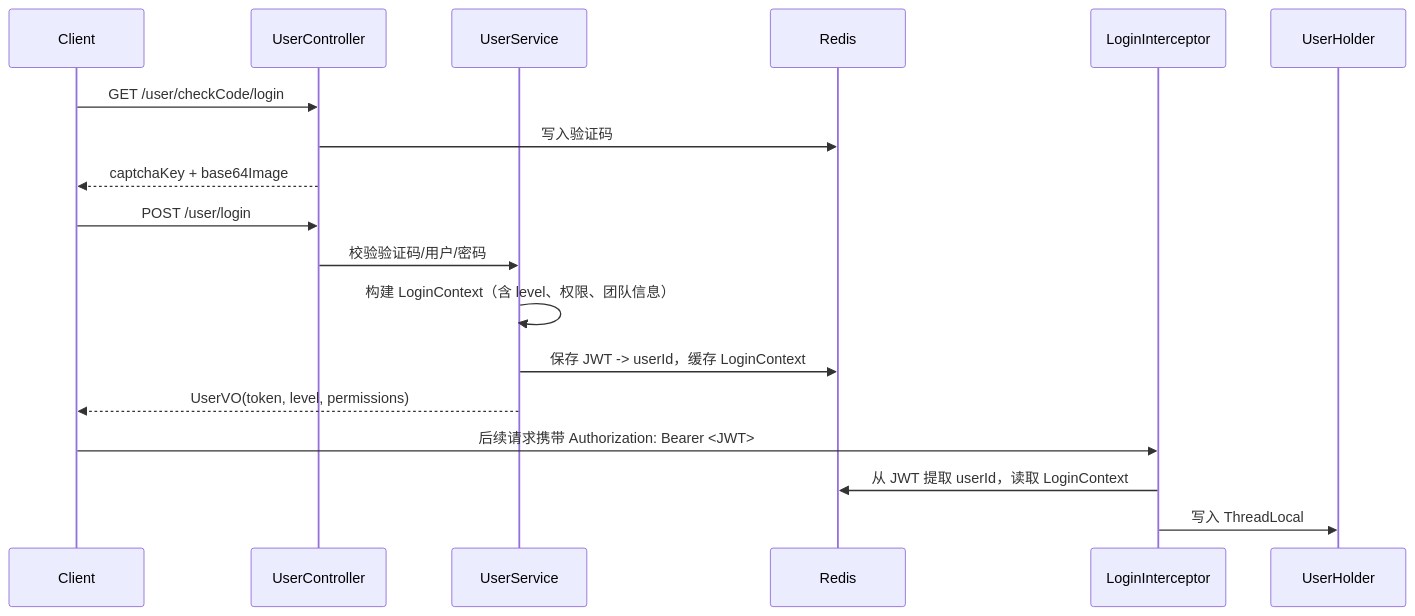
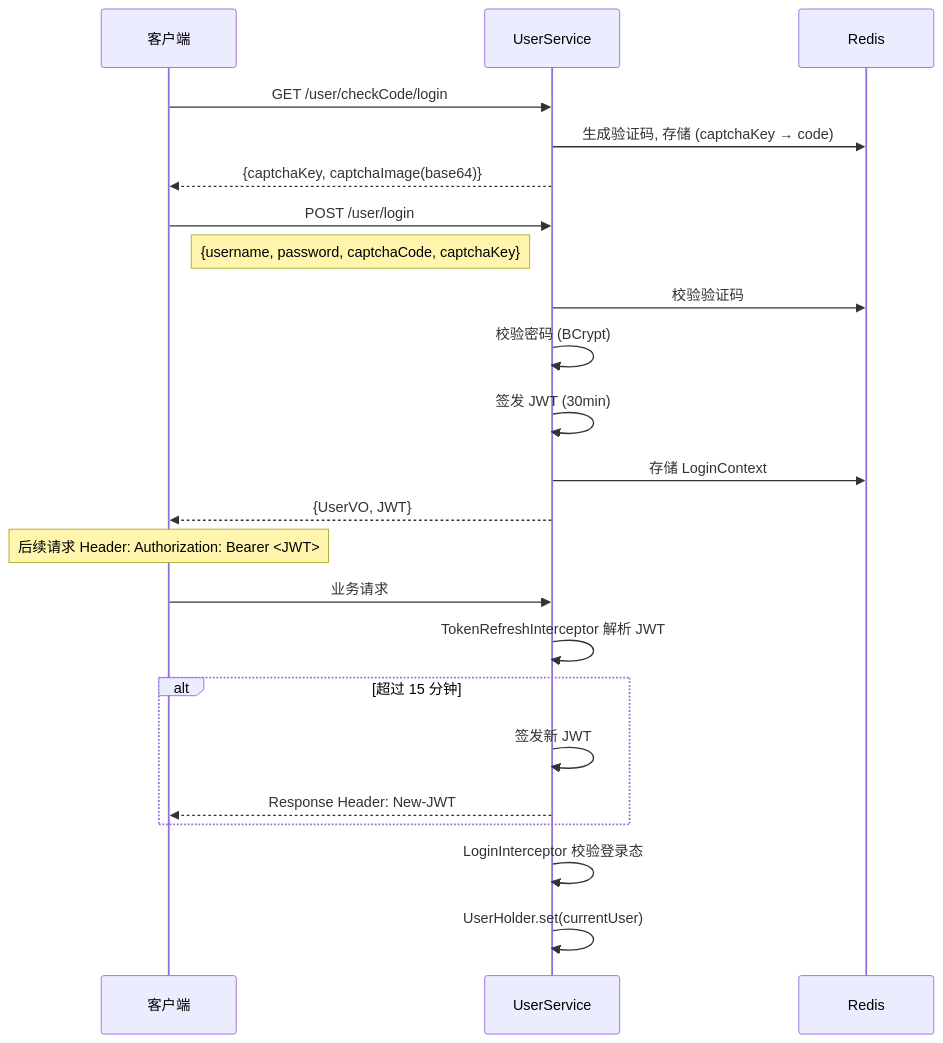
The fourth of 8 diagrams in model/uml_diagrams.md (FishDuM/AI.Image.Material.Collaboration.Platform), drawn with Mermaid before and after one commit. The commit also changed other lines of this file and 106 other files, not shown here.

````diff
--- a/model/uml_diagrams.md
+++ b/model/uml_diagrams.md
@@ -467,21 +503,29 @@
 ```mermaid
 sequenceDiagram
-    participant C as Client
-    participant U as UserController
+    participant C as 客户端
     participant S as UserService
     participant R as Redis
-    participant I as LoginInterceptor
-    participant H as UserHolder
 
-    C->>U: GET /user/checkCode/login
-    U->>R: 写入验证码
-    U-->>C: captchaKey + base64Image
-    C->>U: POST /user/login
-    U->>S: 校验验证码/用户/密码
-    S->>S: 构建 LoginContext（含 level、权限、团队信息）
-    S->>R: 保存 JWT -> userId，缓存 LoginContext
-    S-->>C: UserVO(token, level, permissions)
-    C->>I: 后续请求携带 Authorization: Bearer <JWT>
-    I->>R: 从 JWT 提取 userId，读取 LoginContext
-    I->>H: 写入 ThreadLocal
+    C->>S: GET /user/checkCode/login
+    S->>R: 生成验证码, 存储 (captchaKey → code)
+    S-->>C: {captchaKey, captchaImage(base64)}
+
+    C->>S: POST /user/login
+    Note right of C: {username, password, captchaCode, captchaKey}
+    S->>R: 校验验证码
+    S->>S: 校验密码 (BCrypt)
+    S->>S: 签发 JWT (30min)
+    S->>R: 存储 LoginContext
+    S-->>C: {UserVO, JWT}
+
+    Note over C: 后续请求 Header: Authorization: Bearer <JWT>
+
+    C->>S: 业务请求
+    S->>S: TokenRefreshInterceptor 解析 JWT
+    alt 超过 15 分钟
+        S->>S: 签发新 JWT
+        S-->>C: Response Header: New-JWT
+    end
+    S->>S: LoginInterceptor 校验登录态
+    S->>S: UserHolder.set(currentUser)
 ```
````
